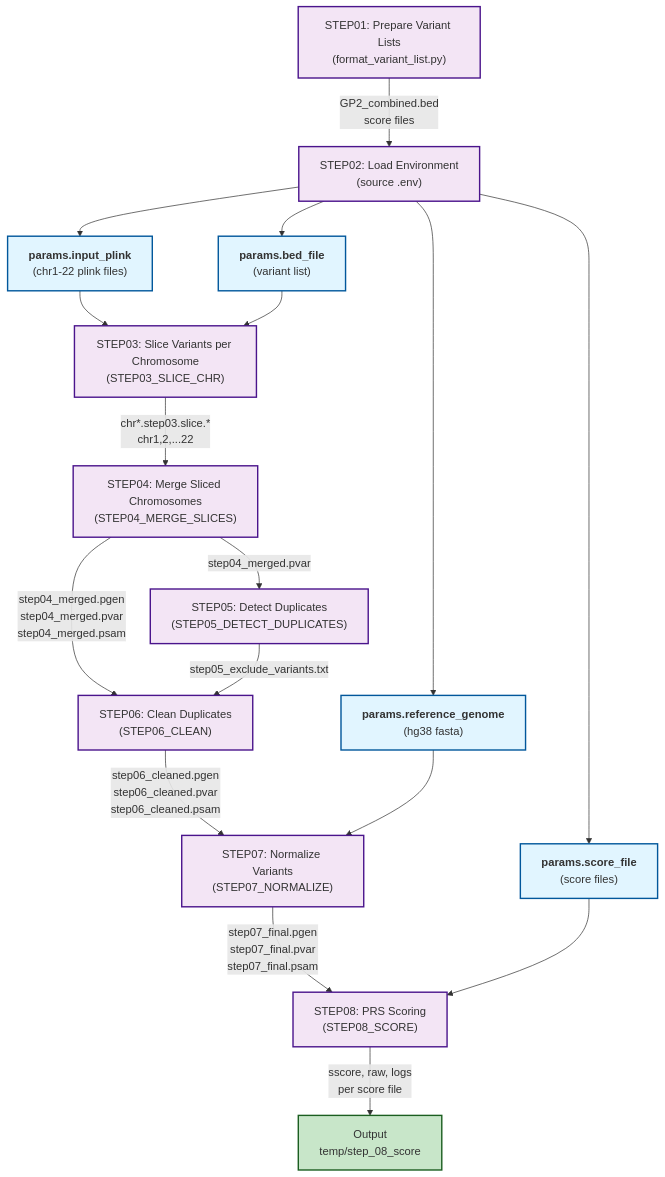
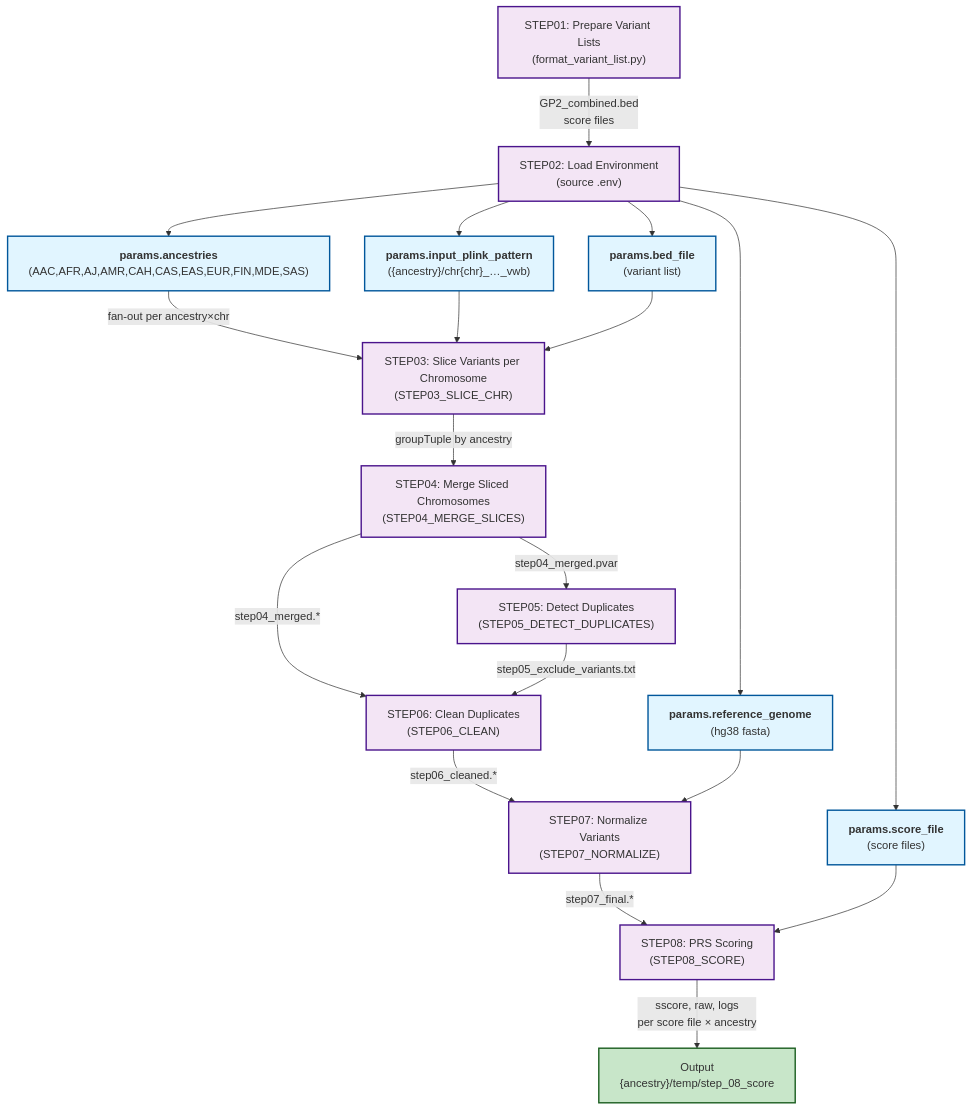
The diagram in readme.md (hirotaka-i/gp2-gwas-variants-cumulative-burden), drawn with Mermaid before and after one commit. The commit also changed other lines of this file and 5 other files, not shown here.

````diff
--- a/readme.md
+++ b/readme.md
@@ -59,52 +56,52 @@
 ```mermaid
 graph TD
     STEP01["STEP01: Prepare Variant Lists<br/>(format_variant_list.py)"]
     STEP02["STEP02: Load Environment<br/>(source .env)"]
-    
+
     STEP01 -->|GP2_combined.bed<br/>score files| STEP02
-    
-    P["<b>params.input_plink</b><br/>(chr1-22 plink files)"]
+
+    ANC["<b>params.ancestries</b><br/>(AAC,AFR,AJ,AMR,CAH,CAS,EAS,EUR,FIN,MDE,SAS)"]
+    PAT["<b>params.input_plink_pattern</b><br/>({ancestry}/chr{chr}_…_vwb)"]
     B["<b>params.bed_file</b><br/>(variant list)"]
     R["<b>params.reference_genome</b><br/>(hg38 fasta)"]
     S["<b>params.score_file</b><br/>(score files)"]
-    
-    STEP02 --> P
+
+    STEP02 --> ANC
+    STEP02 --> PAT
     STEP02 --> B
     STEP02 --> R
     STEP02 --> S
-    
-    P --> SLICE["STEP03: Slice Variants per Chromosome<br/>(STEP03_SLICE_CHR)"]
+
+    ANC -->|fan-out per ancestry×chr| SLICE["STEP03: Slice Variants per Chromosome<br/>(STEP03_SLICE_CHR)"]
+    PAT --> SLICE
     B --> SLICE
-    
-    SLICE -->|chr*.step03.slice.*<br/>chr1,2,...22| MERGE["STEP04: Merge Sliced Chromosomes<br/>(STEP04_MERGE_SLICES)"]
-    
-    MERGE -->|step04_merged.pgen<br/>step04_merged.pvar<br/>step04_merged.psam| CLEAN["STEP06: Clean Duplicates<br/>(STEP06_CLEAN)"]
-    
+
+    SLICE -->|groupTuple by ancestry| MERGE["STEP04: Merge Sliced Chromosomes<br/>(STEP04_MERGE_SLICES)"]
+
+    MERGE -->|step04_merged.*| CLEAN["STEP06: Clean Duplicates<br/>(STEP06_CLEAN)"]
     MERGE -->|step04_merged.pvar| DUP["STEP05: Detect Duplicates<br/>(STEP05_DETECT_DUPLICATES)"]
-    
     DUP -->|step05_exclude_variants.txt| CLEAN
-    
-    CLEAN -->|step06_cleaned.pgen<br/>step06_cleaned.pvar<br/>step06_cleaned.psam| NORM["STEP07: Normalize Variants<br/>(STEP07_NORMALIZE)"]
-    
+
+    CLEAN -->|step06_cleaned.*| NORM["STEP07: Normalize Variants<br/>(STEP07_NORMALIZE)"]
     R --> NORM
-    
-    NORM -->|step07_final.pgen<br/>step07_final.pvar<br/>step07_final.psam| SCORE["STEP08: PRS Scoring<br/>(STEP08_SCORE)"]
-    
+
+    NORM -->|step07_final.*| SCORE["STEP08: PRS Scoring<br/>(STEP08_SCORE)"]
     S --> SCORE
-    
-    SCORE -->|sscore, raw, logs<br/>per score file| OUT["Output<br/>temp/step_08_score"]
-    
+
+    SCORE -->|sscore, raw, logs<br/>per score file × ancestry| OUT["Output<br/>{ancestry}/temp/step_08_score"]
+
     style STEP01 fill:#f3e5f5,stroke:#4a148c,stroke-width:2px
     style STEP02 fill:#f3e5f5,stroke:#4a148c,stroke-width:2px
-    style P fill:#e1f5ff,stroke:#01579b,stroke-width:2px
+    style ANC fill:#e1f5ff,stroke:#01579b,stroke-width:2px
+    style PAT fill:#e1f5ff,stroke:#01579b,stroke-width:2px
     style B fill:#e1f5ff,stroke:#01579b,stroke-width:2px
     style R fill:#e1f5ff,stroke:#01579b,stroke-width:2px
     style S fill:#e1f5ff,stroke:#01579b,stroke-width:2px
     style SLICE fill:#f3e5f5,stroke:#4a148c,stroke-width:2px
     style MERGE fill:#f3e5f5,stroke:#4a148c,stroke-width:2px
     style DUP fill:#f3e5f5,stroke:#4a148c,stroke-width:2px
     style CLEAN fill:#f3e5f5,stroke:#4a148c,stroke-width:2px
     style NORM fill:#f3e5f5,stroke:#4a148c,stroke-width:2px
     style SCORE fill:#f3e5f5,stroke:#4a148c,stroke-width:2px
     style OUT fill:#c8e6c9,stroke:#1b5e20,stroke-width:2px
 ```
````
